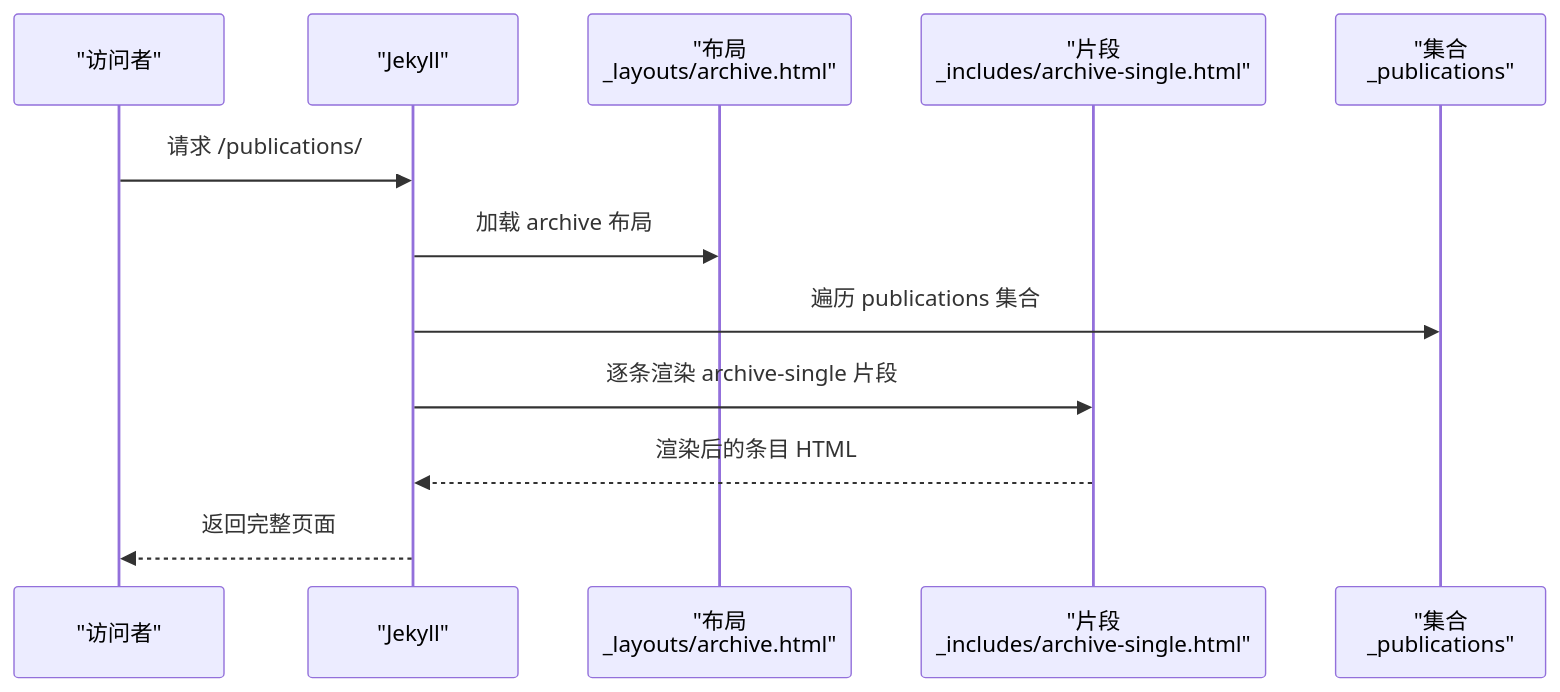
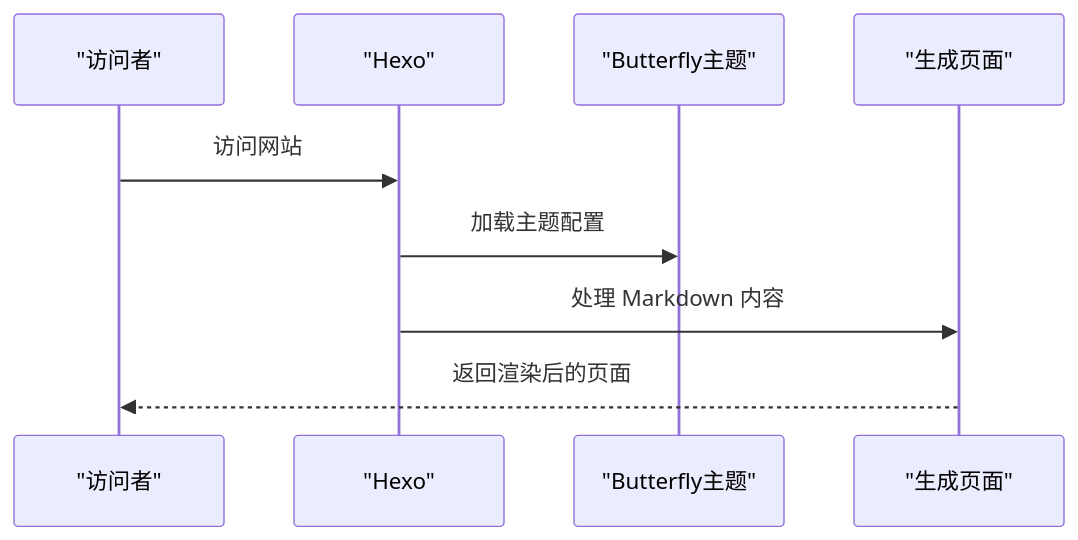
One commit to CoolPig0720/CoolPig0720.github.io changed the third of 8 diagrams in .qoder/repowiki/zh/content/项目概述/项目概述.md. Above: the diagram before and after it, drawn with Mermaid. The commit also changed other lines of this file and 36 other files, not shown here.

````diff
--- a/.qoder/repowiki/zh/content/项目概述/项目概述.md
+++ b/.qoder/repowiki/zh/content/项目概述/项目概述.md
@@ -236,14 +220,11 @@
 ```mermaid
 sequenceDiagram
 participant U as "访问者"
-participant J as "Jekyll"
-participant L as "布局<br/>_layouts/archive.html"
-participant S as "片段<br/>_includes/archive-single.html"
-participant P as "集合<br/>_publications"
-U->>J : 请求 /publications/
-J->>L : 加载 archive 布局
-J->>P : 遍历 publications 集合
-J->>S : 逐条渲染 archive-single 片段
-S-->>J : 渲染后的条目 HTML
-J-->>U : 返回完整页面
+participant H as "Hexo"
+participant T as "Butterfly主题"
+participant P as "生成页面"
+U->>H : 访问网站
+H->>T : 加载主题配置
+H->>P : 处理 Markdown 内容
+P-->>U : 返回渲染后的页面
 ```
````
